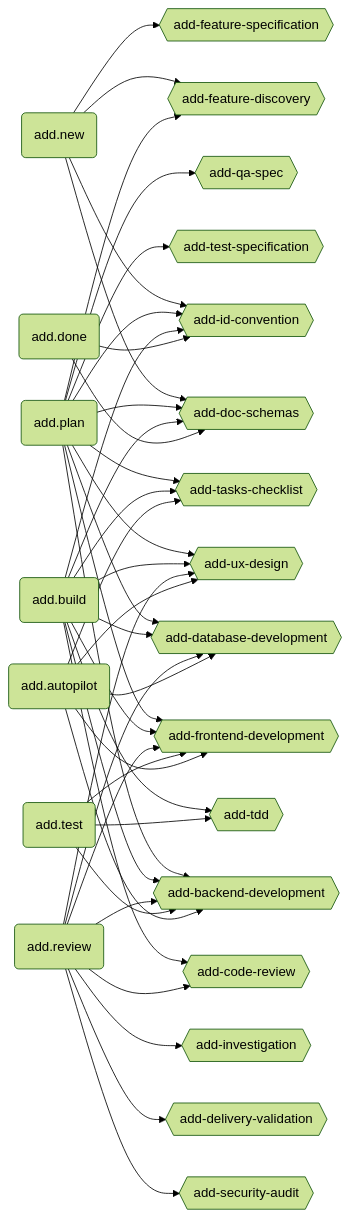
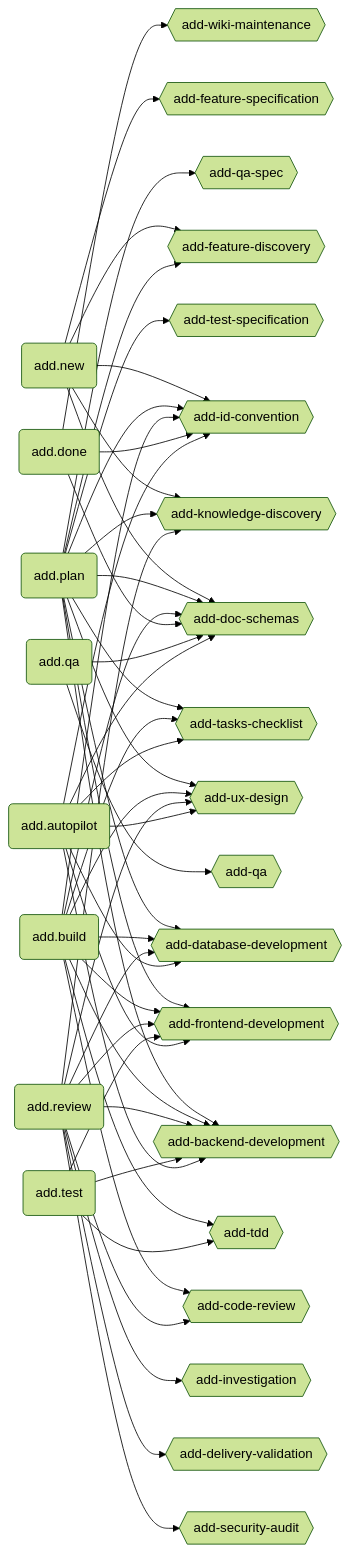
One commit to brabos-ai/code-addiction changed the first of 4 diagrams in ecosystem.md. Above: the diagram before and after it, drawn with Mermaid (forest theme). The commit also changed other lines of this file and 5 other files, not shown here.

````diff
--- a/ecosystem.md
+++ b/ecosystem.md
@@ -15,35 +17,40 @@
 ```mermaid
 graph LR
   NEW(add.new)
   PLAN(add.plan)
   BUILD(add.build)
   REVIEW(add.review)
   DONE(add.done)
   TEST(add.test)
+  QA(add.qa)
   AUTO(add.autopilot)
 
   DS{{add-doc-schemas}}
   ID{{add-id-convention}}
   TC{{add-tasks-checklist}}
   BE{{add-backend-development}}
   FE{{add-frontend-development}}
   DB{{add-database-development}}
   UX{{add-ux-design}}
   CR{{add-code-review}}
   SA{{add-security-audit}}
   DV{{add-delivery-validation}}
   IV{{add-investigation}}
+  KD{{add-knowledge-discovery}}
   FD{{add-feature-discovery}}
   FS{{add-feature-specification}}
+  WM{{add-wiki-maintenance}}
   TDD{{add-tdd}}
   TSPEC{{add-test-specification}}
   QSPEC{{add-qa-spec}}
+  QSK{{add-qa}}
 
-  NEW --> DS & ID & FD & FS
-  PLAN --> DS & ID & TC & BE & FE & DB & UX & FD & TSPEC & QSPEC
+  NEW --> DS & ID & FD & FS & KD
+  PLAN --> DS & ID & TC & BE & FE & DB & UX & FD & KD & TSPEC & QSPEC
   BUILD --> DS & ID & TC & BE & FE & DB & UX & CR & TDD
-  REVIEW --> CR & BE & FE & DB & UX & SA & DV & IV
-  DONE --> DS & ID
+  REVIEW --> CR & BE & FE & DB & UX & SA & DV & IV & KD
+  DONE --> DS & ID & WM
   TEST --> BE & FE & TDD
-  AUTO --> TC & BE & FE & DB & UX
+  QA --> QSK & DS
+  AUTO --> DS & ID & TC & BE & FE & DB & UX
 ```
````
